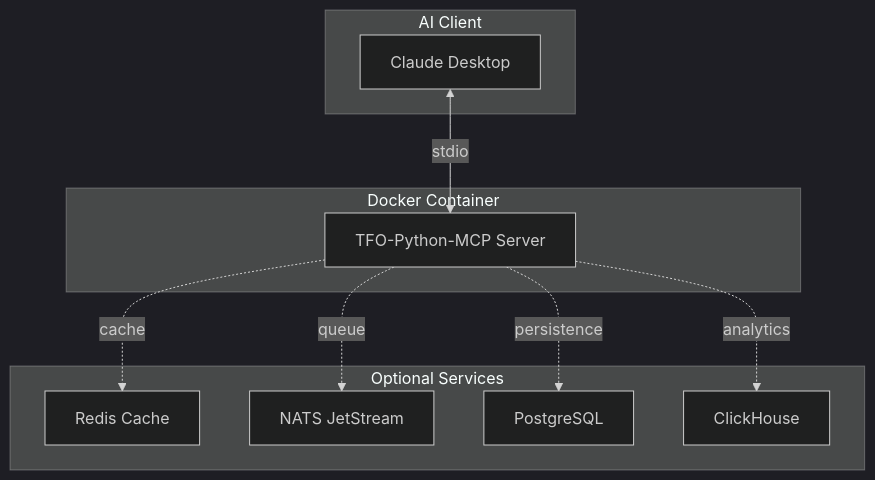
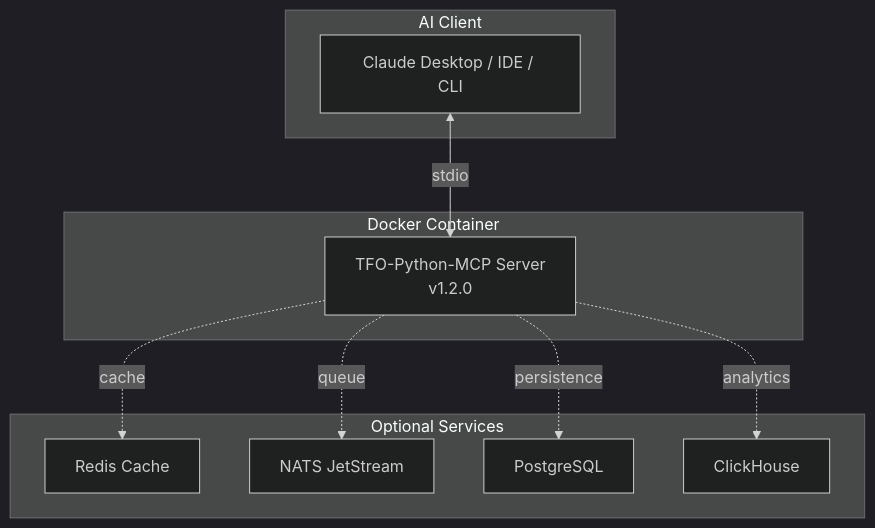
Before and after one commit to telemetryflow/telemetryflow-python-mcp: diagram 11 of 11 in docs/ARCHITECTURE.md, drawn with Mermaid (dark theme). The commit also changed other lines of this file and 89 other files, not shown here.

Commit message:
fix: Upgrade Python MCP to v1.2.0

````diff
--- a/docs/ARCHITECTURE.md
+++ b/docs/ARCHITECTURE.md
@@ -342,23 +653,23 @@
 ```mermaid
 graph TB
     subgraph Client["AI Client"]
-        Claude["Claude Desktop"]
+        Claude["Claude Desktop / IDE / CLI"]
     end
 
     subgraph Container["Docker Container"]
-        MCP["TFO-Python-MCP Server"]
+        MCP["TFO-Python-MCP Server<br/>v1.2.0"]
     end
 
     subgraph Optional["Optional Services"]
         Redis["Redis Cache"]
         NATS["NATS JetStream"]
         Postgres["PostgreSQL"]
         ClickHouse["ClickHouse"]
     end
 
     Claude <-->|"stdio"| MCP
     MCP -.->|"cache"| Redis
     MCP -.->|"queue"| NATS
     MCP -.->|"persistence"| Postgres
     MCP -.->|"analytics"| ClickHouse
 ```
````
